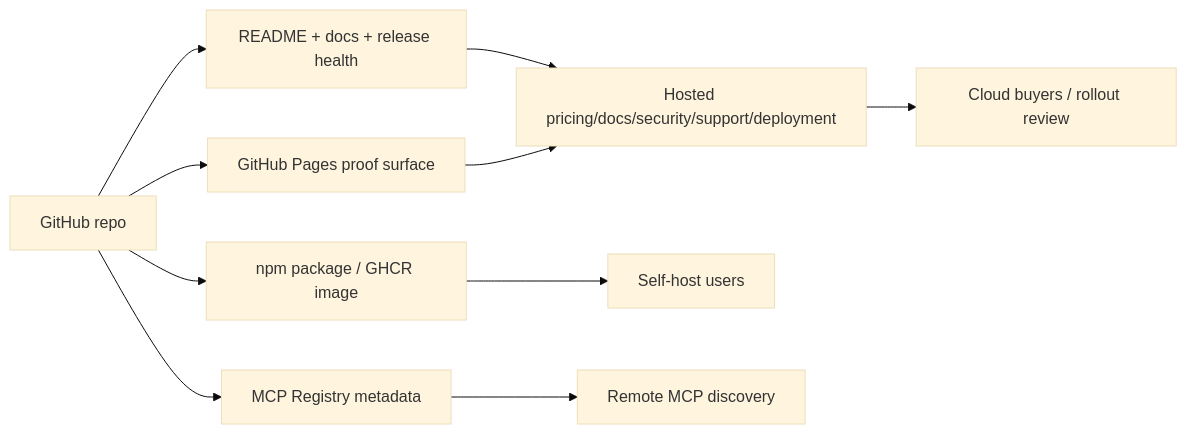
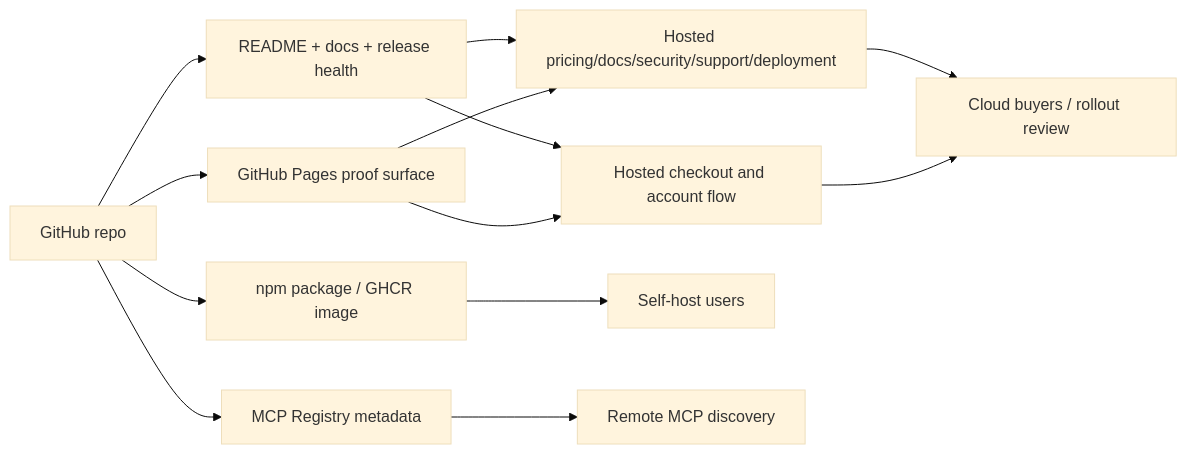
One commit to syvbrunnr/slack-mcp-server changed the first of 2 diagrams in docs/COMMERCIAL-SURFACE.md. Above: the diagram before and after it, drawn with Mermaid (base theme). The commit also changed other lines of this file and 14 other files, not shown here.

Commit message:
chore: route cloud traffic through hosted checkout (#67)

````diff
--- a/docs/COMMERCIAL-SURFACE.md
+++ b/docs/COMMERCIAL-SURFACE.md
@@ -7,12 +7,15 @@
 ```mermaid
 flowchart LR
     A["GitHub repo"] --> B["README + docs + release health"]
     A --> C["GitHub Pages proof surface"]
     A --> D["npm package / GHCR image"]
     A --> E["MCP Registry metadata"]
     B --> F["Hosted pricing/docs/security/support/deployment"]
+    B --> J["Hosted checkout and account flow"]
     C --> F
+    C --> J
     D --> G["Self-host users"]
     E --> H["Remote MCP discovery"]
     F --> I["Cloud buyers / rollout review"]
+    J --> I
 ```
````
